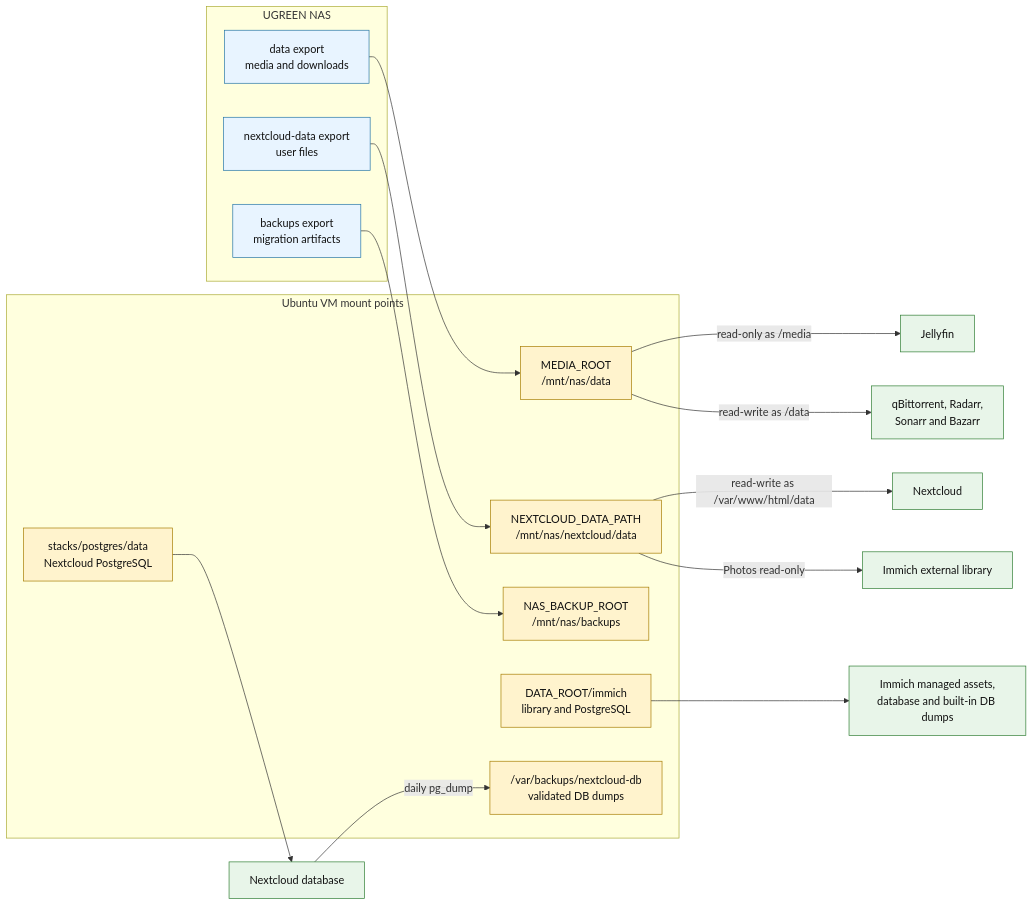
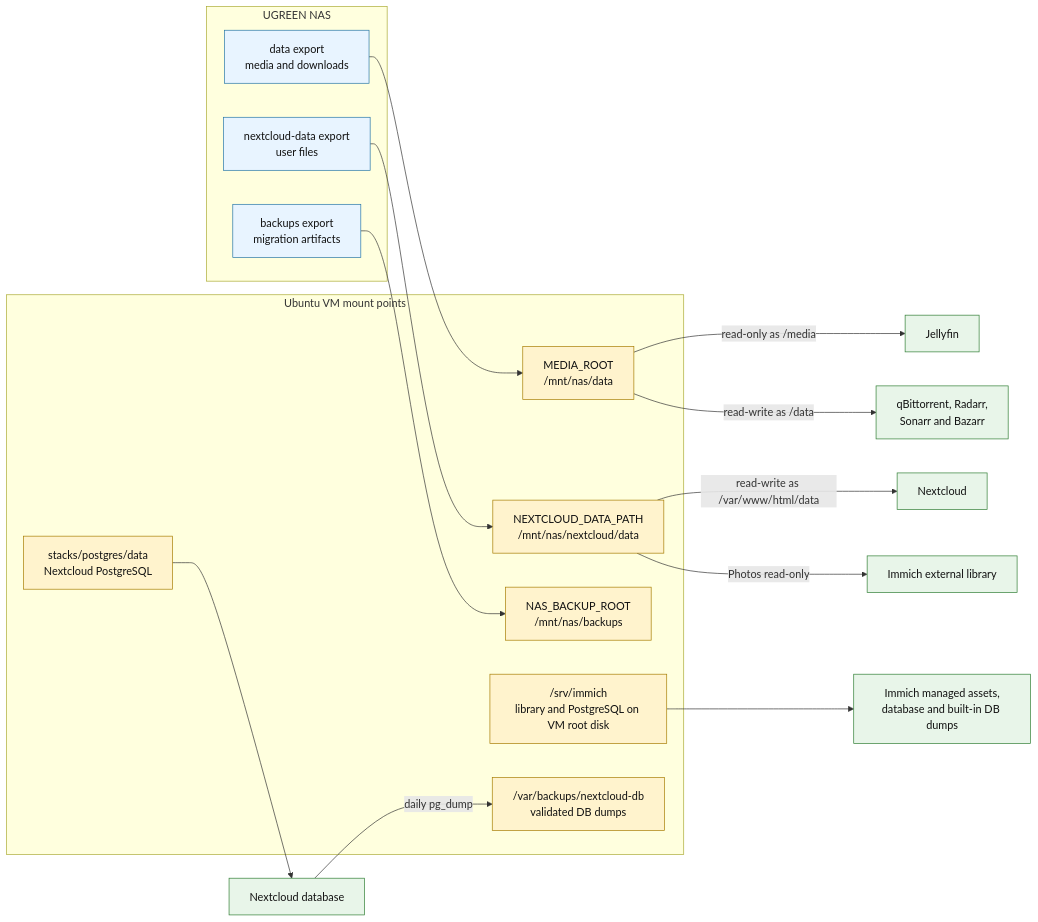
The fourth of 6 diagrams in README.md (benjyongzh/home-server), drawn with Mermaid before and after one commit. The commit also changed other lines of this file and 7 other files, not shown here.

Commit message:
Document Immich storage on VM root filesystem

````diff
--- a/README.md
+++ b/README.md
@@ -272,36 +272,36 @@
 ```mermaid
 flowchart LR
     subgraph NAS["UGREEN NAS"]
         DataExport["data export<br/>media and downloads"]
         NCExport["nextcloud-data export<br/>user files"]
         BackupExport["backups export<br/>migration artifacts"]
     end
 
     subgraph Ubuntu["Ubuntu VM mount points"]
         DataMount["MEDIA_ROOT<br/>/mnt/nas/data"]
         NCMount["NEXTCLOUD_DATA_PATH<br/>/mnt/nas/nextcloud/data"]
         BackupMount["NAS_BACKUP_ROOT<br/>/mnt/nas/backups"]
-        MiniImmich["DATA_ROOT/immich<br/>library and PostgreSQL"]
+        MiniImmich["/srv/immich<br/>library and PostgreSQL on VM root disk"]
         MiniPostgres["stacks/postgres/data<br/>Nextcloud PostgreSQL"]
         LocalDBBackups["/var/backups/nextcloud-db<br/>validated DB dumps"]
     end
 
     DataExport --> DataMount
     NCExport --> NCMount
     BackupExport --> BackupMount
 
     DataMount -->|read-only as /media| JellyfinStore["Jellyfin"]
     DataMount -->|read-write as /data| MediaApps["qBittorrent, Radarr,<br/>Sonarr and Bazarr"]
     NCMount -->|read-write as /var/www/html/data| NextcloudStore["Nextcloud"]
     NCMount -->|Photos read-only| ImmichExternal["Immich external library"]
     MiniImmich --> ImmichManaged["Immich managed assets,<br/>database and built-in DB dumps"]
     MiniPostgres --> NextcloudDB["Nextcloud database"]
     NextcloudDB -->|daily pg_dump| LocalDBBackups
 
     classDef nas fill:#e8f4ff,stroke:#2474a6,color:#111;
     classDef host fill:#fff3cd,stroke:#a67c00,color:#111;
     classDef app fill:#e8f5e9,stroke:#2e7d32,color:#111;
     class DataExport,NCExport,BackupExport nas;
     class DataMount,NCMount,BackupMount,MiniImmich,MiniPostgres,LocalDBBackups host;
     class JellyfinStore,MediaApps,NextcloudStore,ImmichExternal,ImmichManaged,NextcloudDB app;
 ```
````
